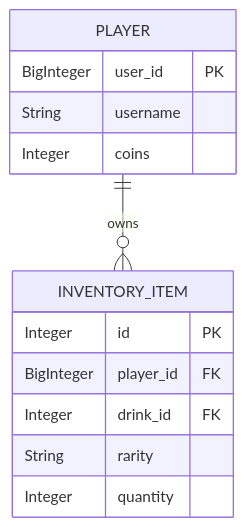
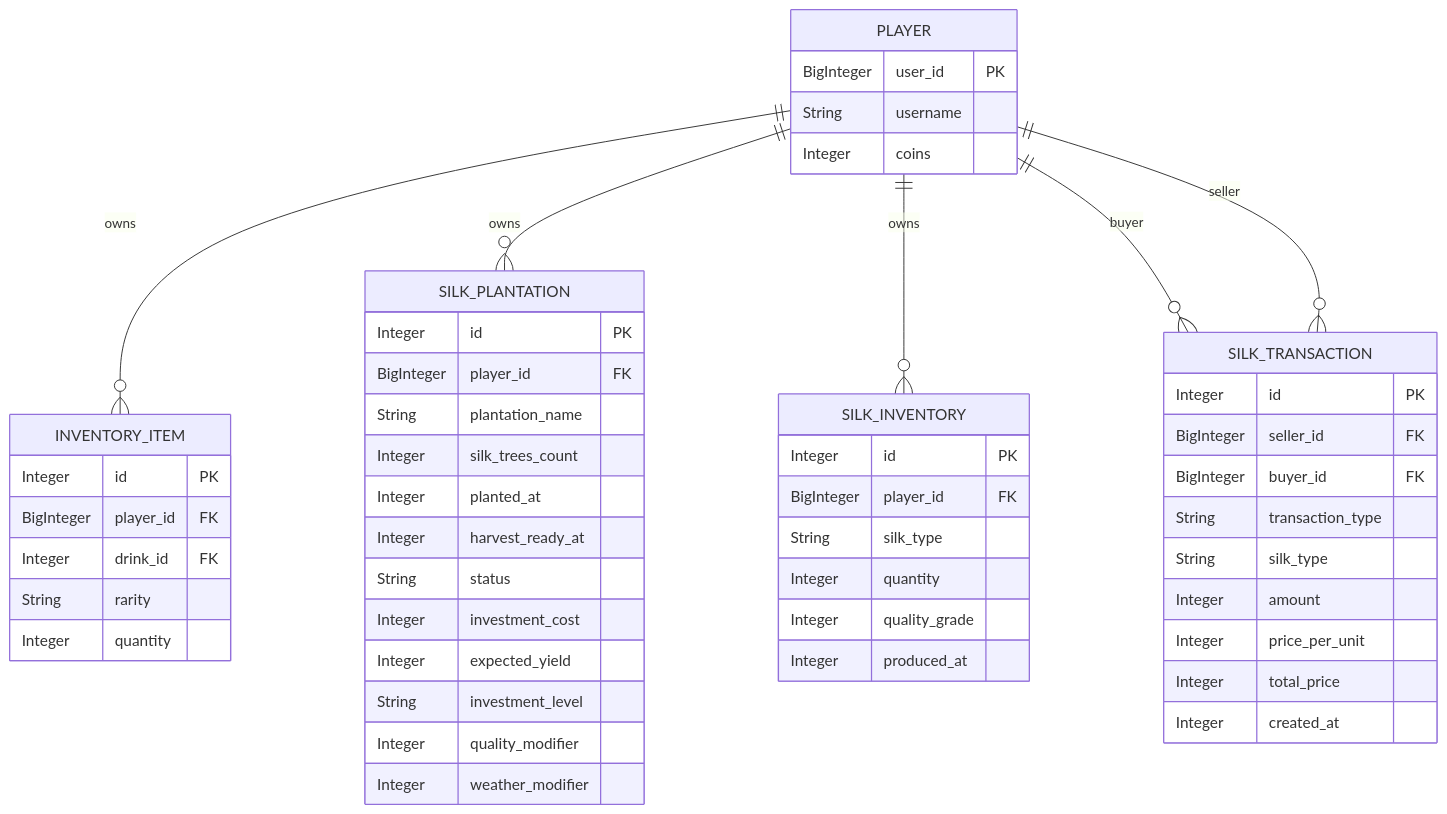
The third of 8 diagrams in .qoder/repowiki/en/content/Database Schema Design/Player Model.md (AntiLox12/RELOAD), drawn with Mermaid before and after one commit. The commit also changed other lines of this file and 18 other files, not shown here.

````diff
--- a/.qoder/repowiki/en/content/Database Schema Design/Player Model.md
+++ b/.qoder/repowiki/en/content/Database Schema Design/Player Model.md
@@ -127,16 +137,53 @@
 ```mermaid
 erDiagram
 PLAYER ||--o{ INVENTORY_ITEM : owns
+PLAYER ||--o{ SILK_PLANTATION : owns
+PLAYER ||--o{ SILK_INVENTORY : owns
+PLAYER ||--o{ SILK_TRANSACTION : buyer
+PLAYER ||--o{ SILK_TRANSACTION : seller
 PLAYER {
 BigInteger user_id PK
 String username
 Integer coins
 }
 INVENTORY_ITEM {
 Integer id PK
 BigInteger player_id FK
 Integer drink_id FK
 String rarity
 Integer quantity
 }
+SILK_PLANTATION {
+Integer id PK
+BigInteger player_id FK
+String plantation_name
+Integer silk_trees_count
+Integer planted_at
+Integer harvest_ready_at
+String status
+Integer investment_cost
+Integer expected_yield
+String investment_level
+Integer quality_modifier
+Integer weather_modifier
+}
+SILK_INVENTORY {
+Integer id PK
+BigInteger player_id FK
+String silk_type
+Integer quantity
+Integer quality_grade
+Integer produced_at
+}
+SILK_TRANSACTION {
+Integer id PK
+BigInteger seller_id FK
+BigInteger buyer_id FK
+String transaction_type
+String silk_type
+Integer amount
+Integer price_per_unit
+Integer total_price
+Integer created_at
+}
 ```
````
